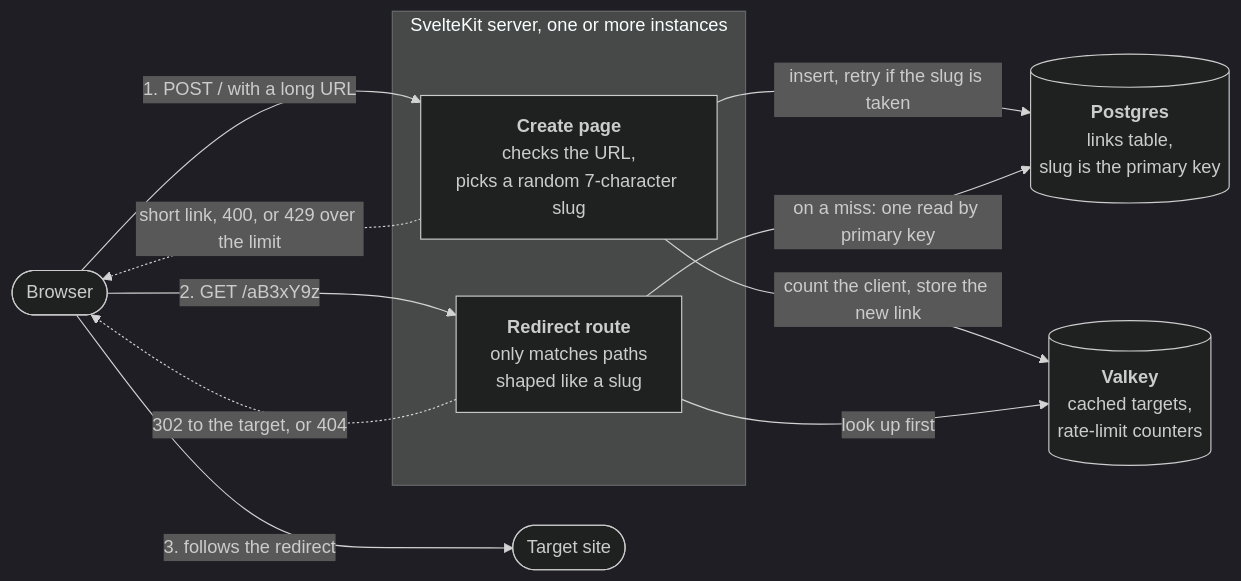
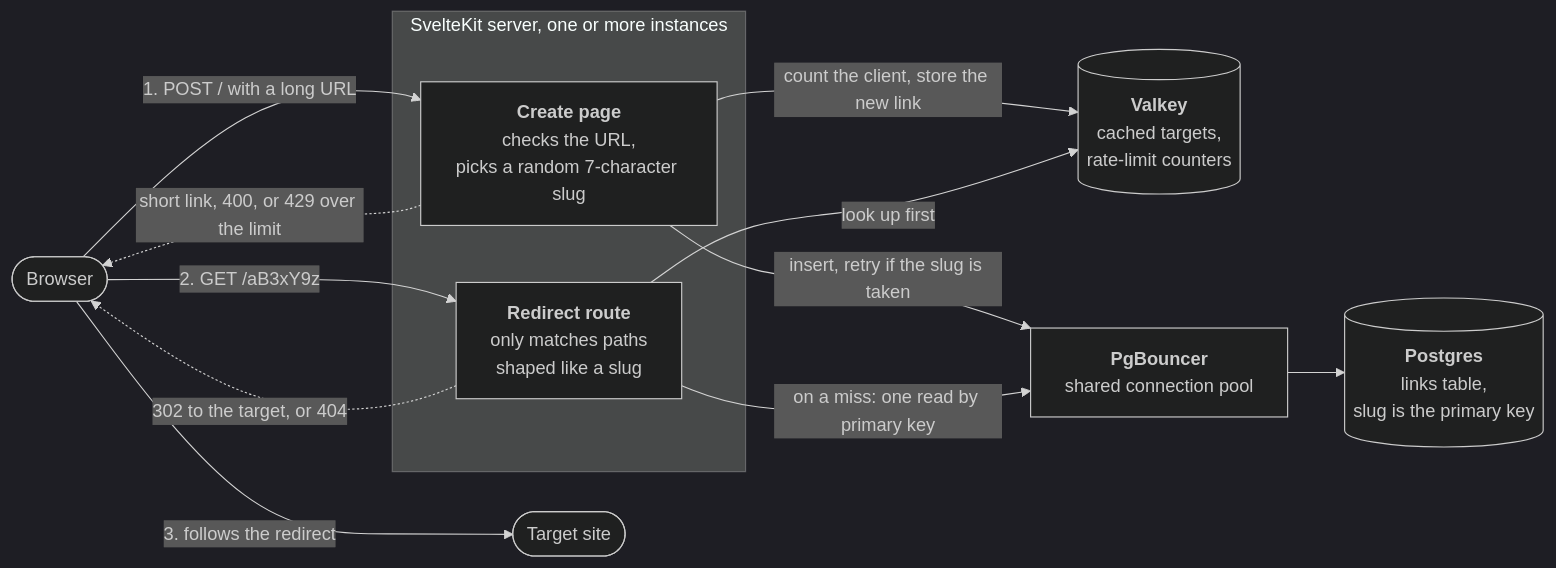
Before and after one commit to andreferrazz/url-shortener: the diagram in README.md, drawn with Mermaid (dark theme). The commit also changed other lines of this file and 3 other files, not shown here.

````diff
--- a/README.md
+++ b/README.md
@@ -35,25 +44,27 @@
 ```mermaid
 flowchart LR
     visitor([Browser])
     target([Target site])
 
     subgraph app [SvelteKit server, one or more instances]
         create["<b>Create page</b><br/>checks the URL,<br/>picks a random 7-character slug"]
         redirect["<b>Redirect route</b><br/>only matches paths<br/>shaped like a slug"]
     end
 
     cache[("<b>Valkey</b><br/>cached targets,<br/>rate-limit counters")]
+    pooler["<b>PgBouncer</b><br/>shared connection pool"]
     db[("<b>Postgres</b><br/>links table,<br/>slug is the primary key")]
 
     visitor -- "1. POST / with a long URL" --> create
-    create -- "insert, retry if the slug is taken" --> db
+    create -- "insert, retry if the slug is taken" --> pooler
     create -- "count the client, store the new link" --> cache
     create -. "short link, 400, or 429 over the limit" .-> visitor
 
     visitor -- "2. GET /aB3xY9z" --> redirect
     redirect -- "look up first" --> cache
-    redirect -- "on a miss: one read by primary key" --> db
+    redirect -- "on a miss: one read by primary key" --> pooler
+    pooler --> db
     redirect -. "302 to the target, or 404" .-> visitor
 
     visitor -- "3. follows the redirect" --> target
 ```
````
